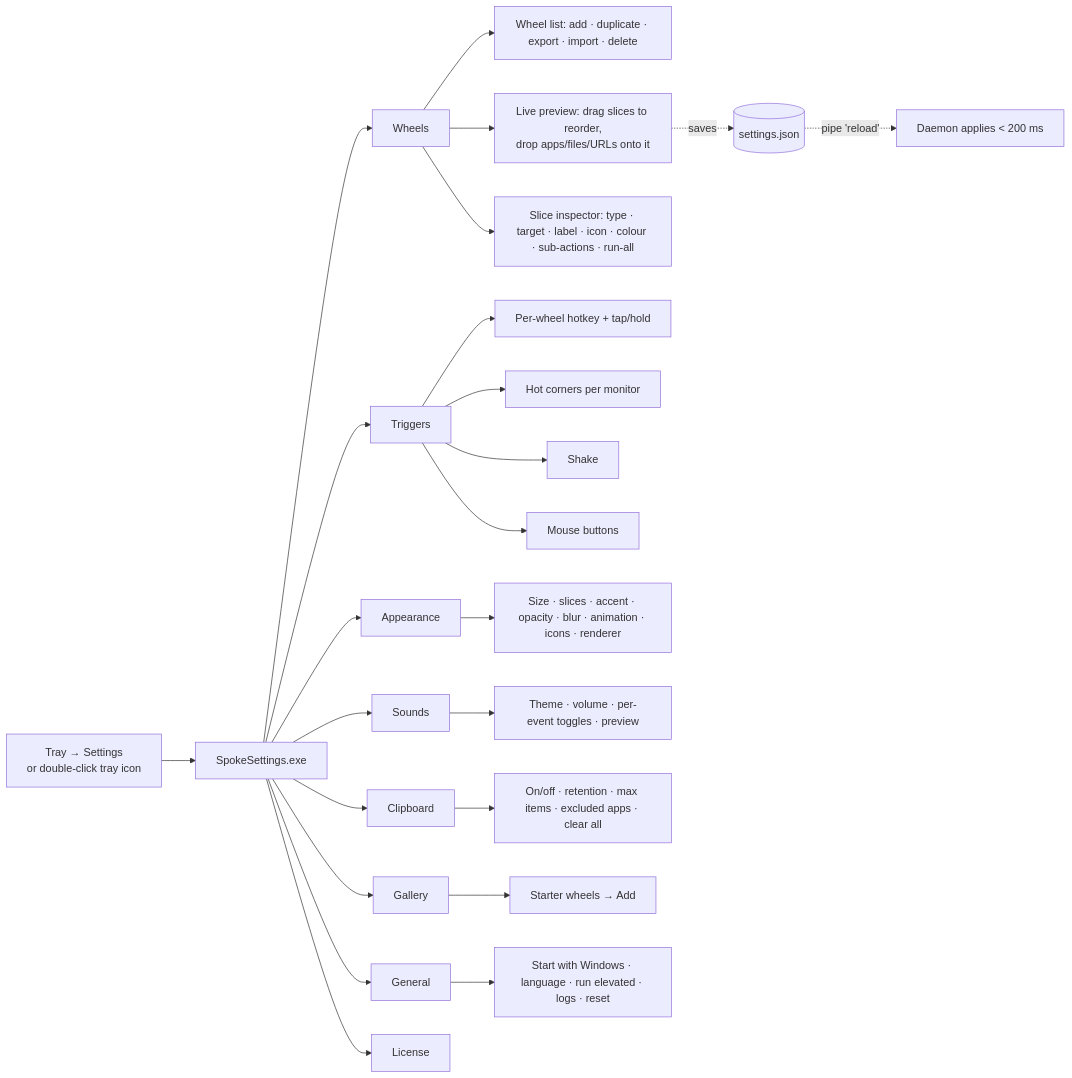
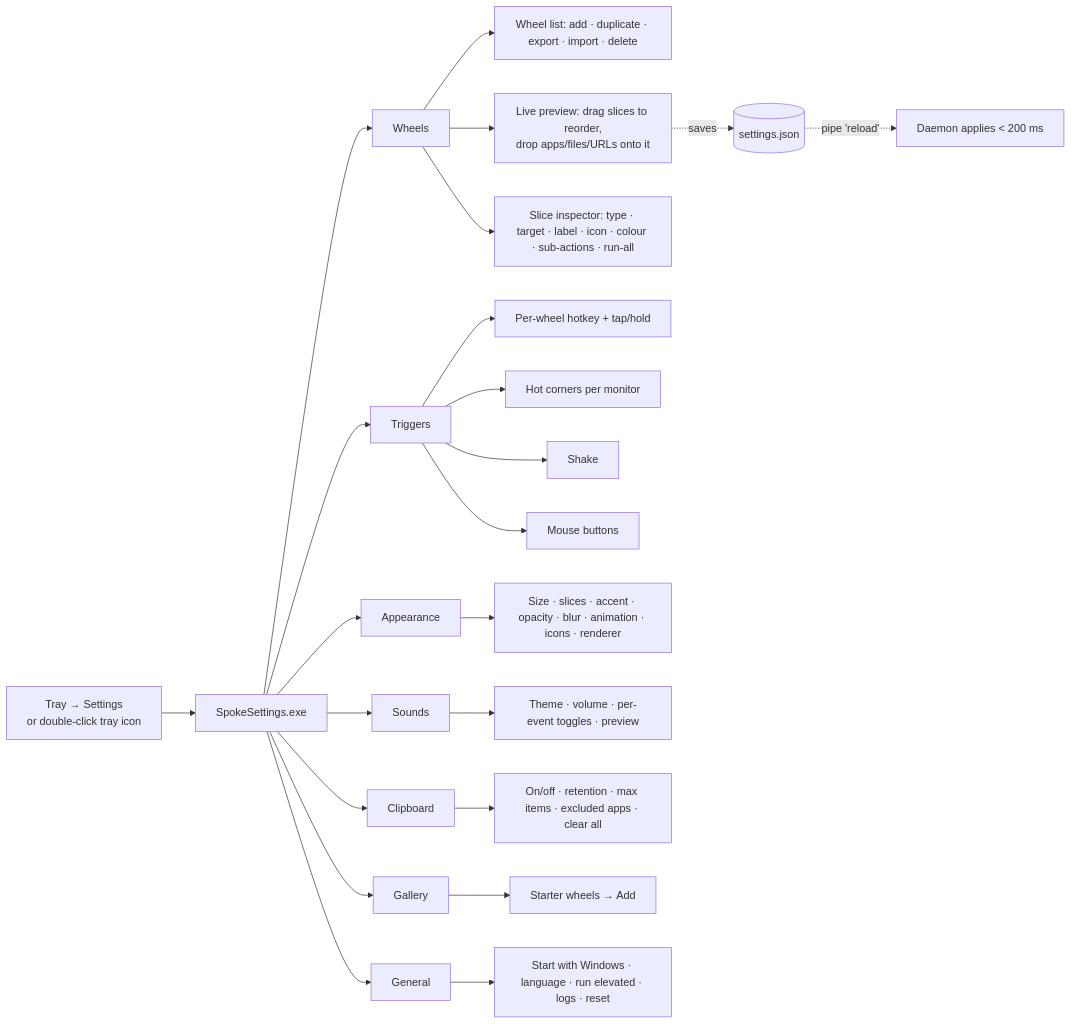
One commit to zainkhalid91/Spoke changed the seventh of 7 diagrams in docs/UI_FLOW.md. Above: the diagram before and after it, drawn with Mermaid. The commit also changed other lines of this file and 26 other files, not shown here.

````diff
--- a/docs/UI_FLOW.md
+++ b/docs/UI_FLOW.md
@@ -110,22 +110,21 @@
 ```mermaid
 flowchart LR
   T[Tray → Settings<br/>or double-click tray icon] --> S[SpokeSettings.exe]
   S --> W[Wheels]
   S --> TR[Triggers]
   S --> AP[Appearance]
   S --> SO[Sounds]
   S --> CL[Clipboard]
   S --> GA[Gallery]
   S --> GE[General]
-  S --> LI[License]
   W --> W1[Wheel list: add · duplicate · export · import · delete]
   W --> W2[Live preview: drag slices to reorder,<br/>drop apps/files/URLs onto it]
   W --> W3[Slice inspector: type · target · label · icon · colour · sub-actions · run-all]
   TR --> TR1[Per-wheel hotkey + tap/hold] & TR2[Hot corners per monitor] & TR3[Shake] & TR4[Mouse buttons]
   AP --> AP1[Size · slices · accent · opacity · blur · animation · icons · renderer]
   SO --> SO1[Theme · volume · per-event toggles · preview]
   CL --> CL1[On/off · retention · max items · excluded apps · clear all]
   GA --> GA1[Starter wheels → Add]
   GE --> GE1[Start with Windows · language · run elevated · logs · reset]
   W2 -. saves .-> CFG[(settings.json)] -. pipe 'reload' .-> D[Daemon applies < 200 ms]
 ```
````
